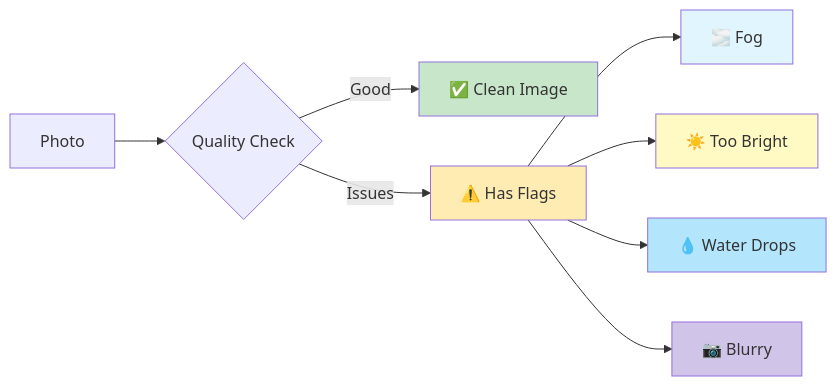
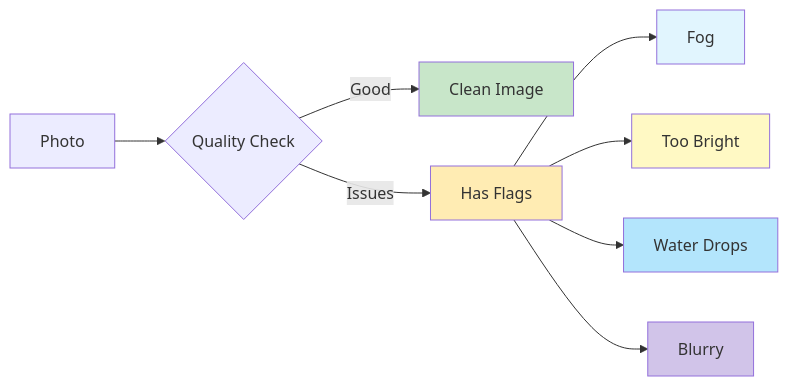
The fourth of 5 diagrams in docs/workflow_overview.md (SITES-spectral/phenocai), drawn with Mermaid before and after one commit. The commit also changed other lines of this file and 22 other files, not shown here.

````diff
--- a/docs/workflow_overview.md
+++ b/docs/workflow_overview.md
@@ -66,17 +68,17 @@
 ```mermaid
 graph LR
     A[Photo] --> B{Quality Check}
-    B -->|Good| C[✅ Clean Image]
-    B -->|Issues| D[⚠️ Has Flags]
-    D --> E[🌫️ Fog]
-    D --> F[☀️ Too Bright]
-    D --> G[💧 Water Drops]
-    D --> H[📷 Blurry]
+    B -->|Good| C[Clean Image]
+    B -->|Issues| D[Has Flags]
+    D --> E[Fog]
+    D --> F[Too Bright]
+    D --> G[Water Drops]
+    D --> H[Blurry]
     
     style C fill:#c8e6c9
     style D fill:#ffecb3
     style E fill:#e1f5fe
     style F fill:#fff9c4
     style G fill:#b3e5fc
     style H fill:#d1c4e9
 ```
````
